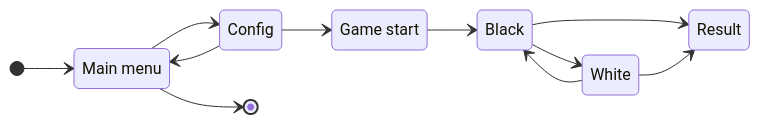
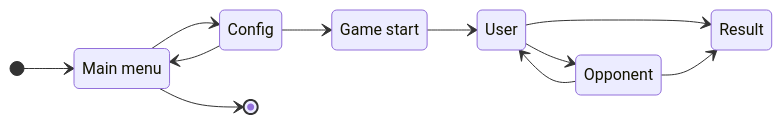
Before and after one commit to keish1004/reversi: the first of 2 diagrams in README.md, drawn with Mermaid. The commit also changed other lines of this file, not shown here.

Commit message:
change the state diagram

````diff
--- a/README.md
+++ b/README.md
@@ -62,20 +62,20 @@
 ```mermaid
 stateDiagram-v2
     direction LR
     s1: Main menu
     s2: Config
     s3: Game start
-    s4: Black
-    s5: White
+    s4: User
+    s5: Opponent
     s6: Result
     [*] --> s1
     s1 --> s2
     s2 --> s1
     s2 --> s3
     s3 --> s4
     s4 --> s5
     s5 --> s4
     s4 --> s6
     s5 --> s6
     s1 --> [*]
 ```
````
